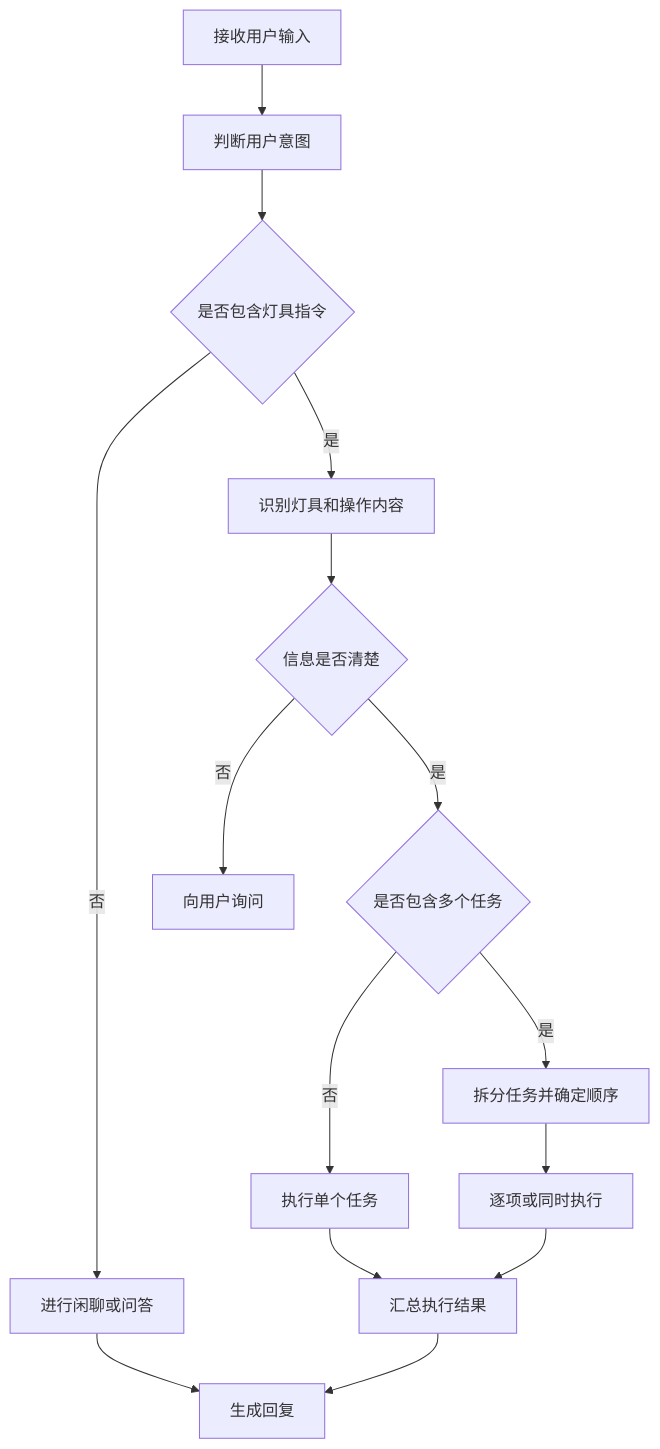
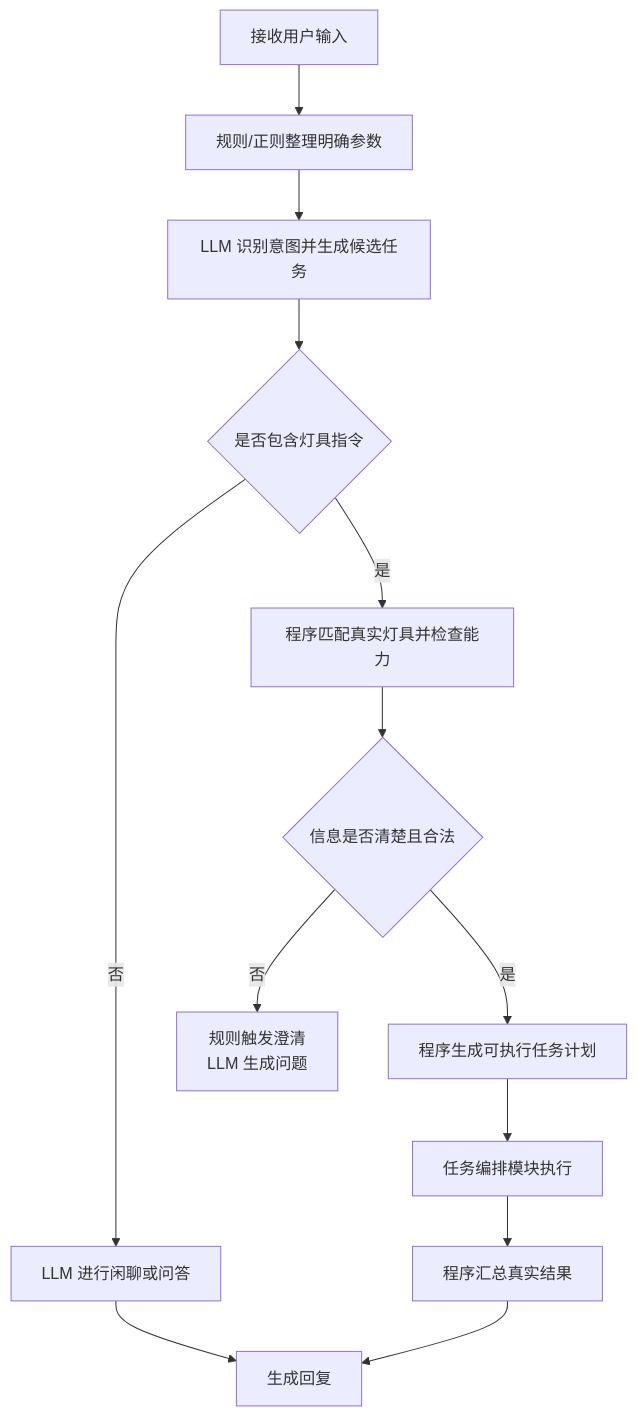
The second of 2 diagrams in 灯具控制与多指令Agent架构设计.md (Mrlittlezhuo/Smart-Home-AI-Assistant), drawn with Mermaid before and after one commit. The commit also changed other lines of this file, not shown here.

````diff
--- a/灯具控制与多指令Agent架构设计.md
+++ b/灯具控制与多指令Agent架构设计.md
@@ -174,17 +260,15 @@
 ```mermaid
 flowchart TD
-    A[接收用户输入] --> B[判断用户意图]
-    B --> C{是否包含灯具指令}
-    C -->|否| D[进行闲聊或问答]
-    C -->|是| E[识别灯具和操作内容]
-    E --> F{信息是否清楚}
-    F -->|否| G[向用户询问]
-    F -->|是| H{是否包含多个任务}
-    H -->|否| I[执行单个任务]
-    H -->|是| J[拆分任务并确定顺序]
-    J --> K[逐项或同时执行]
-    I --> L[汇总执行结果]
+    A[接收用户输入] --> B[规则/正则整理明确参数]
+    B --> C[LLM 识别意图并生成候选任务]
+    C --> D{是否包含灯具指令}
+    D -->|否| E[LLM 进行闲聊或问答]
+    D -->|是| F[程序匹配真实灯具并检查能力]
+    F --> G{信息是否清楚且合法}
+    G -->|否| H[规则触发澄清<br/>LLM 生成问题]
+    G -->|是| I[程序生成可执行任务计划]
+    I --> J[任务编排模块执行]
+    J --> K[程序汇总真实结果]
+    E --> L[生成回复]
     K --> L
-    D --> M[生成回复]
-    L --> M
 ```
````
